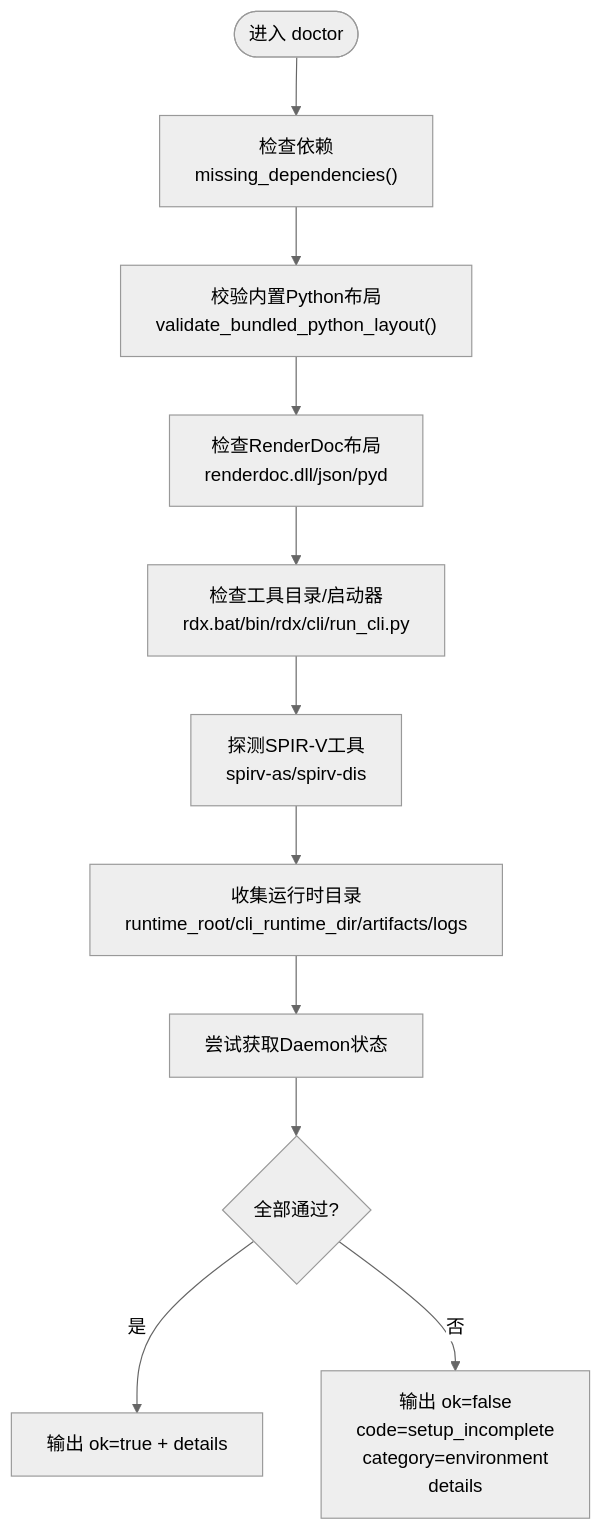
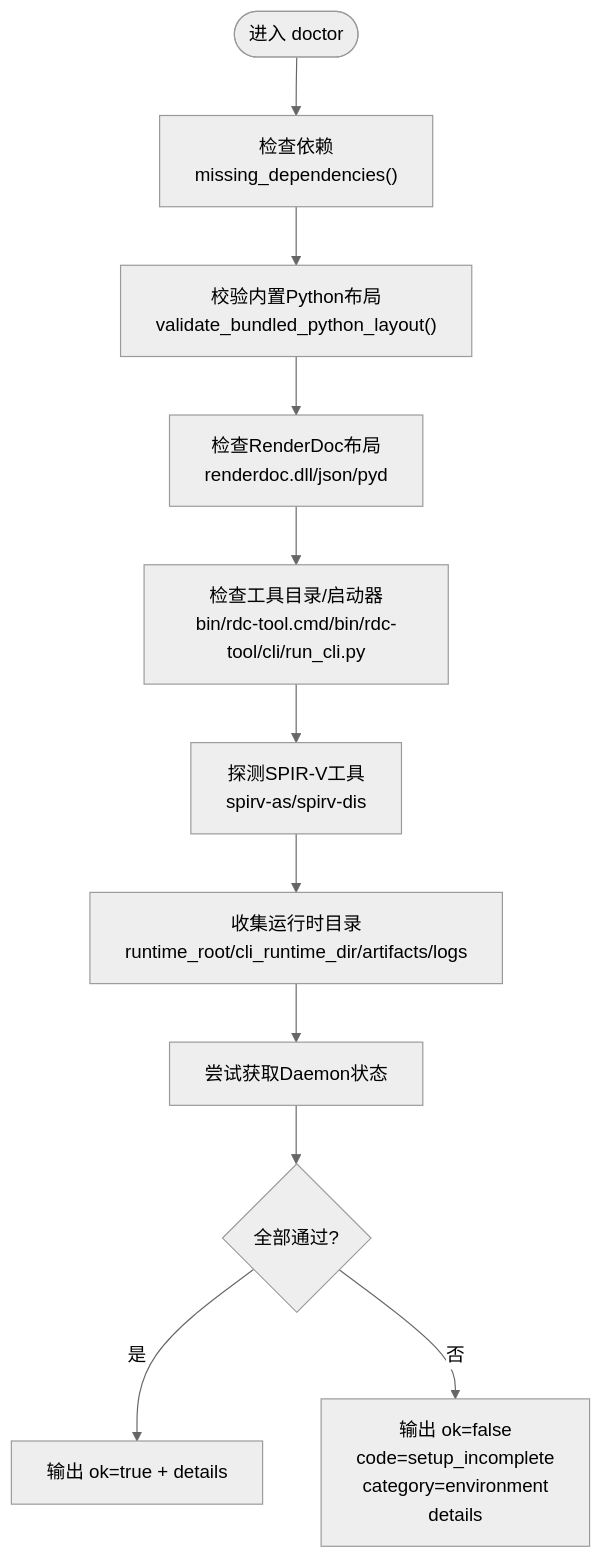
The fourth of 6 diagrams in .qoder/repowiki/zh/content/CLI参考手册/系统信息命令.md (haolange/RDC-Tool), drawn with Mermaid (neutral theme) before and after one commit. The commit also changed other lines of this file and 388 other files, not shown here.

First line of the commit message:
Release RDC-Tool identity and public maintenance surface

````diff
--- a/.qoder/repowiki/zh/content/CLI参考手册/系统信息命令.md
+++ b/.qoder/repowiki/zh/content/CLI参考手册/系统信息命令.md
@@ -189,13 +189,13 @@
 ```mermaid
 flowchart TD
 S(["进入 doctor"]) --> D1["检查依赖<br/>missing_dependencies()"]
 D1 --> P1["校验内置Python布局<br/>validate_bundled_python_layout()"]
 P1 --> R1["检查RenderDoc布局<br/>renderdoc.dll/json/pyd"]
-R1 --> T1["检查工具目录/启动器<br/>rdx.bat/bin/rdx/cli/run_cli.py"]
+R1 --> T1["检查工具目录/启动器<br/>bin/rdc-tool.cmd/bin/rdc-tool/cli/run_cli.py"]
 T1 --> SP1["探测SPIR-V工具<br/>spirv-as/spirv-dis"]
 SP1 --> RT1["收集运行时目录<br/>runtime_root/cli_runtime_dir/artifacts/logs"]
 RT1 --> DS1["尝试获取Daemon状态"]
 DS1 --> OK{"全部通过?"}
 OK -- 是 --> OutOK["输出 ok=true + details"]
 OK -- 否 --> OutErr["输出 ok=false<br/>code=setup_incomplete<br/>category=environment<br/>details"]
 ```
````
